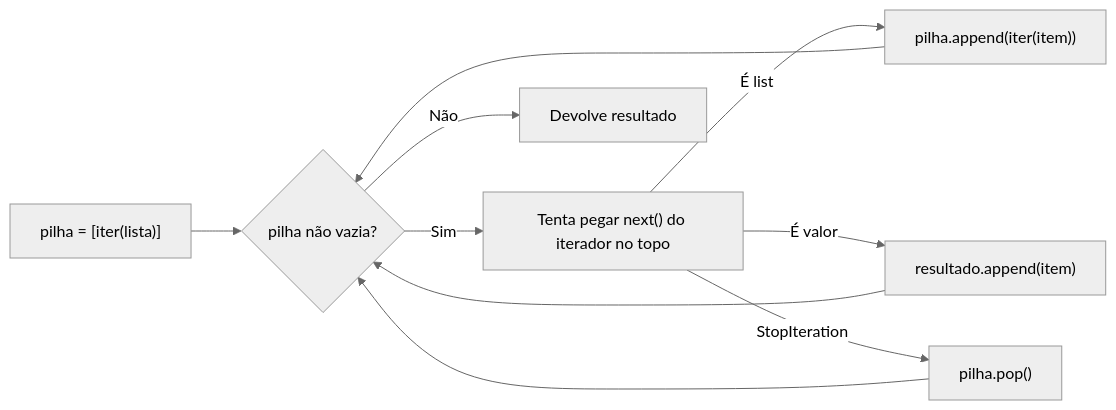
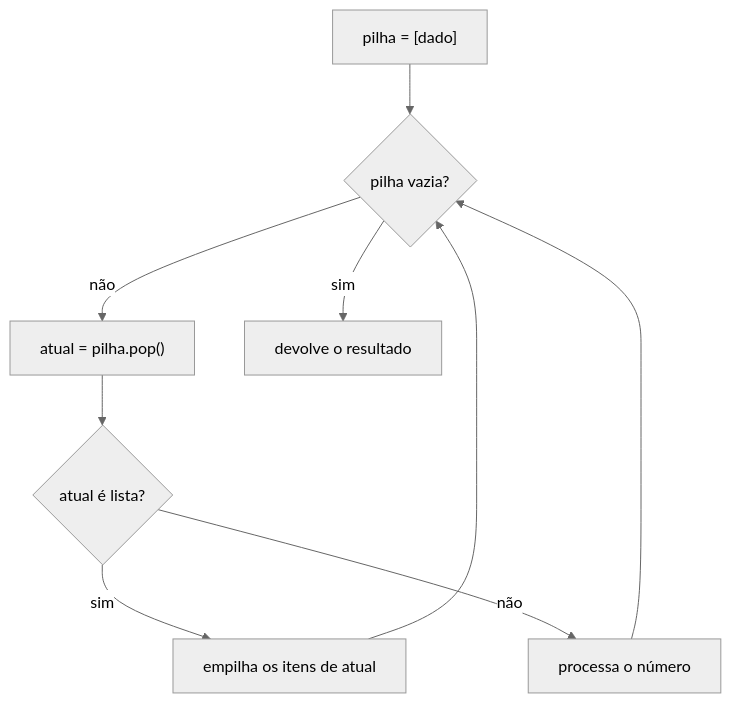
Before and after one commit to Lip3Bazinga/v0-level-usp-project: the diagram in content/cursos/n3-estruturas-de-dados-e-algoritmos/03-recursao-e-divisao-e-conquista/01-recursao-revisitada.lvl.md, drawn with Mermaid (neutral theme). The commit also changed other lines of this file and 3 other files, not shown here.

````diff
--- a/content/cursos/n3-estruturas-de-dados-e-algoritmos/03-recursao-e-divisao-e-conquista/01-recursao-revisitada.lvl.md
+++ b/content/cursos/n3-estruturas-de-dados-e-algoritmos/03-recursao-e-divisao-e-conquista/01-recursao-revisitada.lvl.md
@@ -209,12 +542,11 @@
 ```mermaid
-flowchart LR
-    A["pilha = [iter(lista)]"] --> B{"pilha não vazia?"}
-    B -->|Sim| C["Tenta pegar next() do iterador no topo"]
-    C -->|É list| D["pilha.append(iter(item))"]
-    C -->|É valor| E["resultado.append(item)"]
-    C -->|StopIteration| F["pilha.pop()"]
-    D --> B
+flowchart TD
+    A["pilha = [dado]"] --> B{"pilha vazia?"}
+    B -->|não| C["atual = pilha.pop()"]
+    C --> D{"atual é lista?"}
+    D -->|sim| E["empilha os itens de atual"]
+    D -->|não| F["processa o número"]
     E --> B
     F --> B
-    B -->|Não| G["Devolve resultado"]
+    B -->|sim| G["devolve o resultado"]
 ```
````
